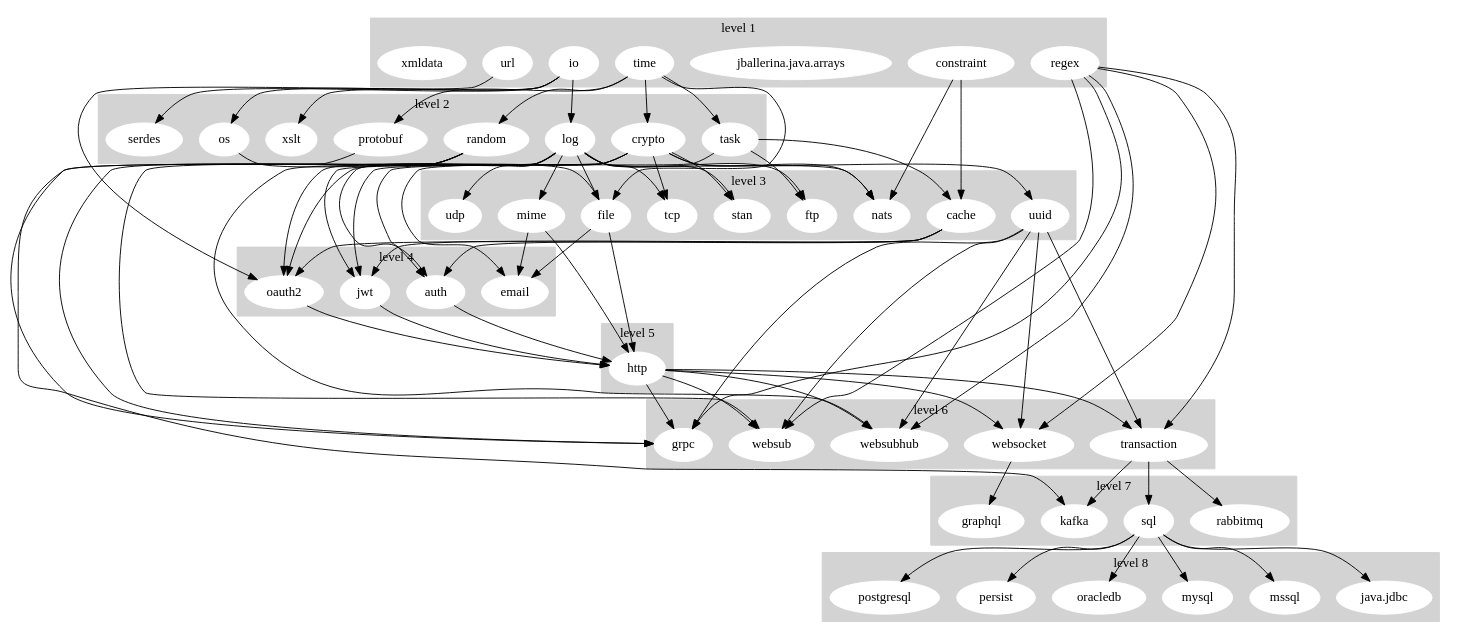
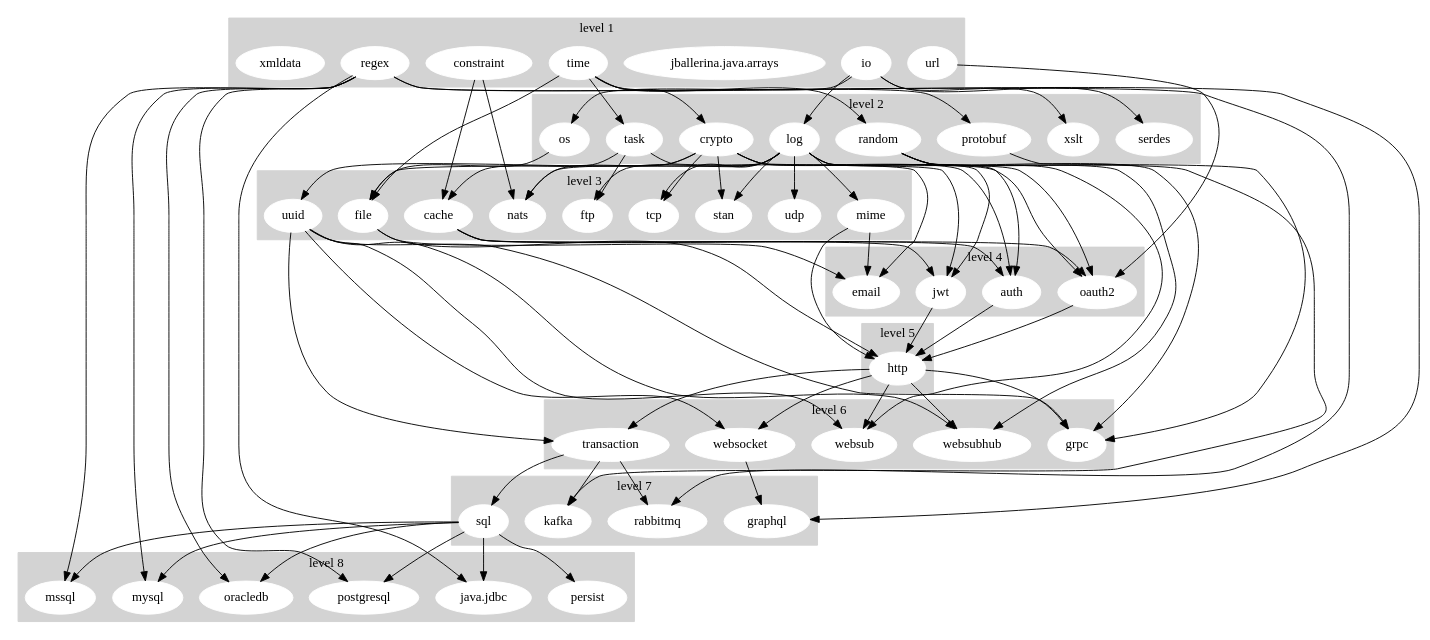
The diagram in dashboard/stdlib_graph.gv (ballerina-platform/ballerina-release), drawn with Graphviz before and after one commit.

Commit message:
[Automated] Update Stdlib Dependency Graph

```diff
--- a/dashboard/stdlib_graph.gv
+++ b/dashboard/stdlib_graph.gv
@@ -1,159 +1,161 @@
 digraph "Stdlib Dependency Graph" {
 	subgraph cluster_1 {
 		node [color=white style=filled]
 		color=lightgrey style=filled
 		constraint
 		io
 		"jballerina.java.arrays"
 		regex
 		time
 		url
 		xmldata
 		label="level 1"
 	}
 	subgraph cluster_2 {
 		node [color=white style=filled]
 		color=lightgrey style=filled
 		crypto
 		log
 		os
 		protobuf
 		random
 		serdes
 		task
 		xslt
 		label="level 2"
 	}
 	subgraph cluster_3 {
 		node [color=white style=filled]
 		color=lightgrey style=filled
 		cache
 		file
 		ftp
 		mime
 		nats
 		stan
 		tcp
 		udp
 		uuid
 		label="level 3"
 	}
 	subgraph cluster_4 {
 		node [color=white style=filled]
 		color=lightgrey style=filled
 		auth
 		email
 		jwt
 		oauth2
 		label="level 4"
 	}
 	subgraph cluster_5 {
 		node [color=white style=filled]
 		color=lightgrey style=filled
 		http
 		label="level 5"
 	}
 	subgraph cluster_6 {
 		node [color=white style=filled]
 		color=lightgrey style=filled
 		grpc
 		transaction
 		websocket
 		websub
 		websubhub
 		label="level 6"
 	}
 	subgraph cluster_7 {
 		node [color=white style=filled]
 		color=lightgrey style=filled
 		graphql
 		kafka
 		rabbitmq
 		sql
 		label="level 7"
 	}
 	subgraph cluster_8 {
 		node [color=white style=filled]
 		color=lightgrey style=filled
 		"java.jdbc"
 		mssql
 		mysql
 		oracledb
 		persist
 		postgresql
 		label="level 8"
 	}
 	constraint -> cache
 	constraint -> nats
 	io -> log
 	io -> os
 	io -> serdes
 	io -> xslt
-	regex -> grpc
-	regex -> transaction
-	regex -> websocket
-	regex -> websub
-	regex -> websubhub
+	regex -> graphql
+	regex -> "java.jdbc"
+	regex -> mssql
+	regex -> mysql
+	regex -> oracledb
+	regex -> postgresql
+	regex -> rabbitmq
 	time -> crypto
 	time -> file
 	time -> protobuf
 	time -> random
 	time -> task
 	url -> oauth2
 	crypto -> auth
 	crypto -> jwt
 	crypto -> nats
 	crypto -> oauth2
 	crypto -> stan
 	crypto -> tcp
 	crypto -> uuid
 	log -> auth
 	log -> file
 	log -> ftp
 	log -> jwt
 	log -> mime
 	log -> nats
 	log -> oauth2
 	log -> stan
 	log -> tcp
 	log -> udp
 	os -> file
 	protobuf -> grpc
 	random -> grpc
 	random -> kafka
 	random -> websub
 	random -> websubhub
 	task -> cache
 	task -> email
 	task -> ftp
 	cache -> auth
 	cache -> jwt
 	cache -> oauth2
 	file -> email
 	file -> http
 	mime -> email
 	mime -> http
 	uuid -> grpc
 	uuid -> transaction
 	uuid -> websocket
 	uuid -> websub
 	uuid -> websubhub
 	auth -> http
 	jwt -> http
 	oauth2 -> http
 	http -> grpc
 	http -> transaction
 	http -> websocket
 	http -> websub
 	http -> websubhub
 	transaction -> kafka
 	transaction -> rabbitmq
 	transaction -> sql
 	websocket -> graphql
 	sql -> "java.jdbc"
 	sql -> mssql
 	sql -> mysql
 	sql -> oracledb
 	sql -> persist
 	sql -> postgresql
 }
```
